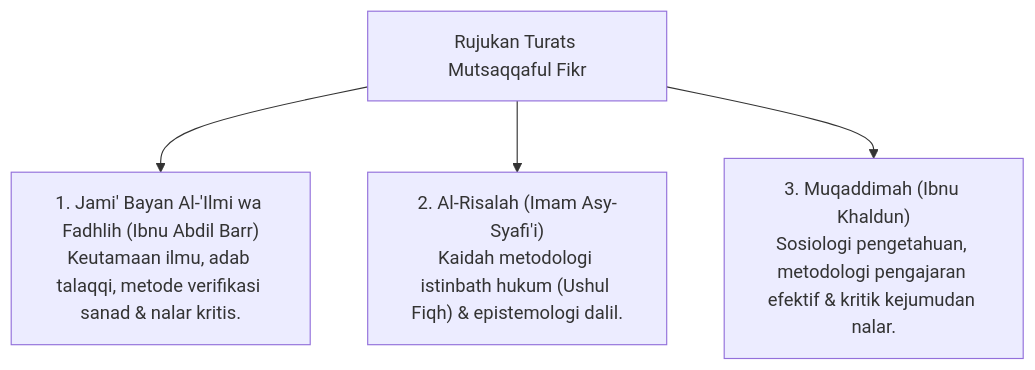
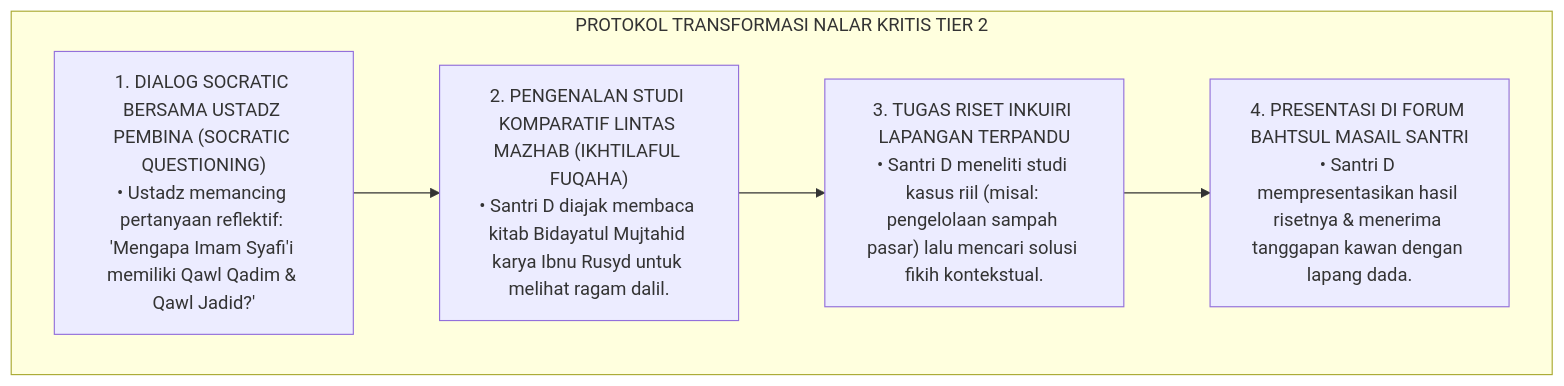
Before and after one commit to wandiapriliyandi/tumbuh: the fifth of 8 diagrams in 03 Capacity Framework/08 Mutsaqqaful Fikr/P3-08-01-Filosofi-dan-Landasan-Turats.md, drawn with Mermaid. The commit also changed other lines of this file and 14 other files, not shown here.

Commit message:
docs(03-capacity): complete 15 research monographs for 08 Mutsaqqaful Fikr

````diff
--- a/03 Capacity Framework/08 Mutsaqqaful Fikr/P3-08-01-Filosofi-dan-Landasan-Turats.md
+++ b/03 Capacity Framework/08 Mutsaqqaful Fikr/P3-08-01-Filosofi-dan-Landasan-Turats.md
@@ -22,8 +151,14 @@
 ```mermaid
-graph TD
-    Turats["Rujukan Turats Mutsaqqaful Fikr"]
-    
-    Turats --> T1["1. Jami' Bayan Al-'Ilmi wa Fadhlih (Ibnu Abdil Barr)<br/>Keutamaan ilmu, adab talaqqi, metode verifikasi sanad & nalar kritis."]
-    Turats --> T2["2. Al-Risalah (Imam Asy-Syafi'i)<br/>Kaidah metodologi istinbath hukum (Ushul Fiqh) & epistemologi dalil."]
-    Turats --> T3["3. Muqaddimah (Ibnu Khaldun)<br/>Sosiologi pengetahuan, metodologi pengajaran efektif & kritik kejumudan nalar."]
+flowchart TD
+    subgraph ProtokolRestorasiIntelektual["PROTOKOL TRANSFORMASI NALAR KRITIS TIER 2"]
+        L1["1. DIALOG SOCRATIC BERSAMA USTADZ PEMBINA (SOCRATIC QUESTIONING)<br/>• Ustadz memancing pertanyaan reflektif: 'Mengapa Imam Syafi'i memiliki Qawl Qadim & Qawl Jadid?'"]
+        
+        L2["2. PENGENALAN STUDI KOMPARATIF LINTAS MAZHAB (IKHTILAFUL FUQAHA)<br/>• Santri D diajak membaca kitab Bidayatul Mujtahid karya Ibnu Rusyd untuk melihat ragam dalil."]
+        
+        L3["3. TUGAS RISET INKUIRI LAPANGAN TERPANDU<br/>• Santri D meneliti studi kasus riil (misal: pengelolaan sampah pasar) lalu mencari solusi fikih kontekstual."]
+        
+        L4["4. PRESENTASI DI FORUM BAHTSUL MASAIL SANTRI<br/>• Santri D mempresentasikan hasil risetnya & menerima tanggapan kawan dengan lapang dada."]
+        
+        L1 --> L2 --> L3 --> L4
+    end
 ```
````
